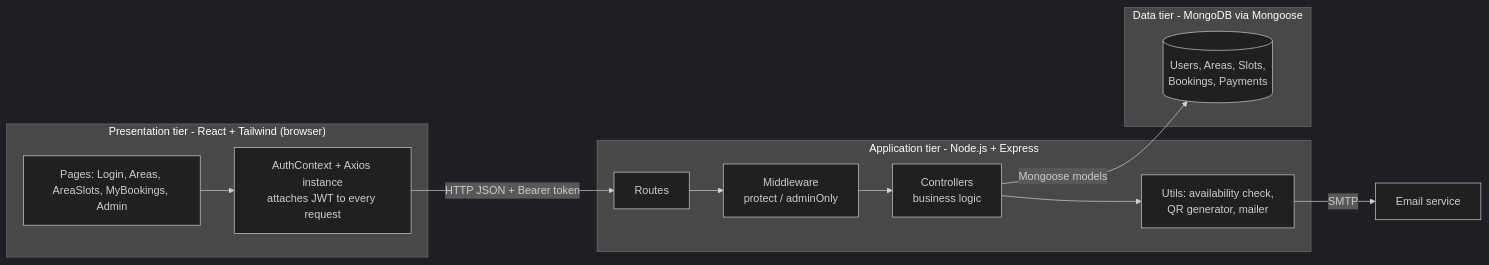
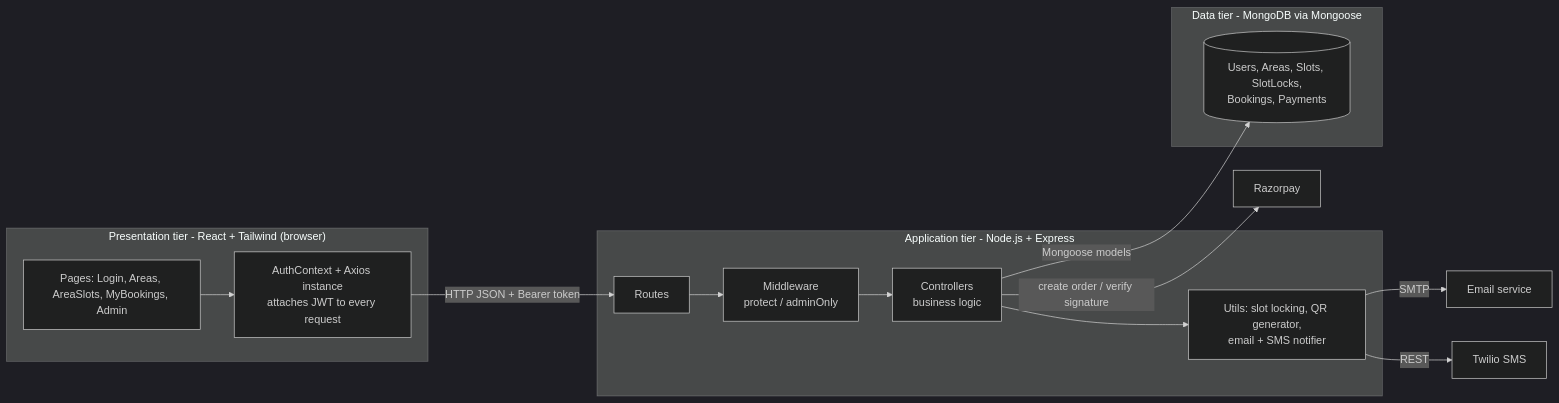
The first of 8 diagrams in parkease/README.md (krushna1845/parkease), drawn with Mermaid (dark theme) before and after one commit. The commit also changed other lines of this file, not shown here.

````diff
--- a/parkease/README.md
+++ b/parkease/README.md
@@ -9,18 +9,20 @@
 ```mermaid
 flowchart LR
   subgraph Client["Presentation tier - React + Tailwind (browser)"]
     P[Pages: Login, Areas, AreaSlots, MyBookings, Admin]
     AC[AuthContext + Axios instance<br/>attaches JWT to every request]
   end
   subgraph Server["Application tier - Node.js + Express"]
     R[Routes] --> M[Middleware<br/>protect / adminOnly]
     M --> C[Controllers<br/>business logic]
-    C --> U[Utils: availability check,<br/>QR generator, mailer]
+    C --> U[Utils: slot locking, QR generator,<br/>email + SMS notifier]
   end
   subgraph Data["Data tier - MongoDB via Mongoose"]
-    DB[(Users, Areas, Slots,<br/>Bookings, Payments)]
+    DB[(Users, Areas, Slots, SlotLocks,<br/>Bookings, Payments)]
   end
   P --> AC -->|HTTP JSON + Bearer token| R
   C -->|Mongoose models| DB
+  C -->|create order / verify signature| RZ[Razorpay]
   U -->|SMTP| Mail[Email service]
+  U -->|REST| SMS[Twilio SMS]
 ```
````
